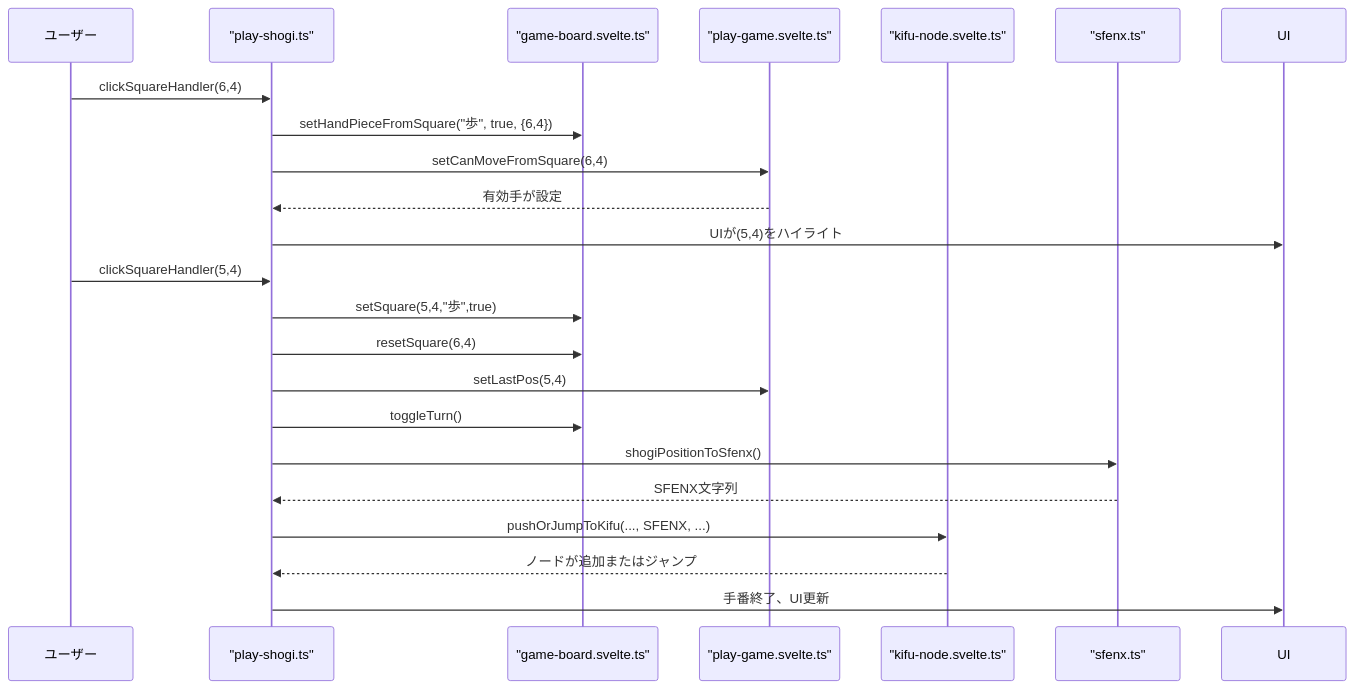
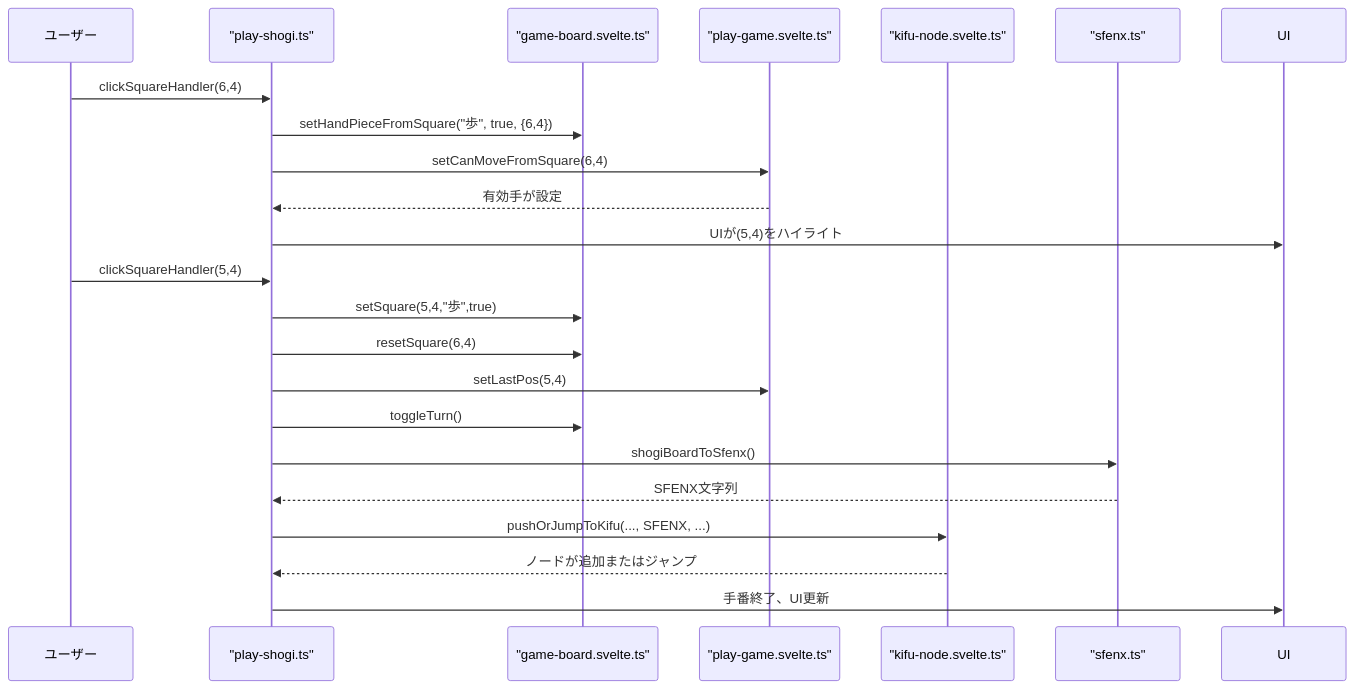
The third of 3 diagrams in .qoder/repowiki/ja/content/Architecture Overview/Data Flow.md (hashiryo/SvelteShogi), drawn with Mermaid before and after one commit. The commit also changed other lines of this file and 17 other files, not shown here.

````diff
--- a/.qoder/repowiki/ja/content/Architecture Overview/Data Flow.md
+++ b/.qoder/repowiki/ja/content/Architecture Overview/Data Flow.md
@@ -189,24 +204,24 @@
 ```mermaid
 sequenceDiagram
 participant ユーザー
 participant ハンドラ as "play-shogi.ts"
 participant 盤面ストア as "game-board.svelte.ts"
 participant 手ストア as "play-game.svelte.ts"
 participant 棋譜ストア as "kifu-node.svelte.ts"
 participant ドメイン as "sfenx.ts"
 ユーザー->>ハンドラ : clickSquareHandler(6,4)
 ハンドラ->>盤面ストア : setHandPieceFromSquare("歩", true, {6,4})
 ハンドラ->>手ストア : setCanMoveFromSquare(6,4)
 手ストア-->>ハンドラ : 有効手が設定
 ハンドラ->>UI : UIが(5,4)をハイライト
 ユーザー->>ハンドラ : clickSquareHandler(5,4)
 ハンドラ->>盤面ストア : setSquare(5,4,"歩",true)
 ハンドラ->>盤面ストア : resetSquare(6,4)
 ハンドラ->>手ストア : setLastPos(5,4)
 ハンドラ->>盤面ストア : toggleTurn()
-ハンドラ->>ドメイン : shogiPositionToSfenx()
+ハンドラ->>ドメイン : shogiBoardToSfenx()
 ドメイン-->>ハンドラ : SFENX文字列
 ハンドラ->>棋譜ストア : pushOrJumpToKifu(..., SFENX, ...)
 棋譜ストア-->>ハンドラ : ノードが追加またはジャンプ
 ハンドラ->>UI : 手番終了、UI更新
 ```
````
